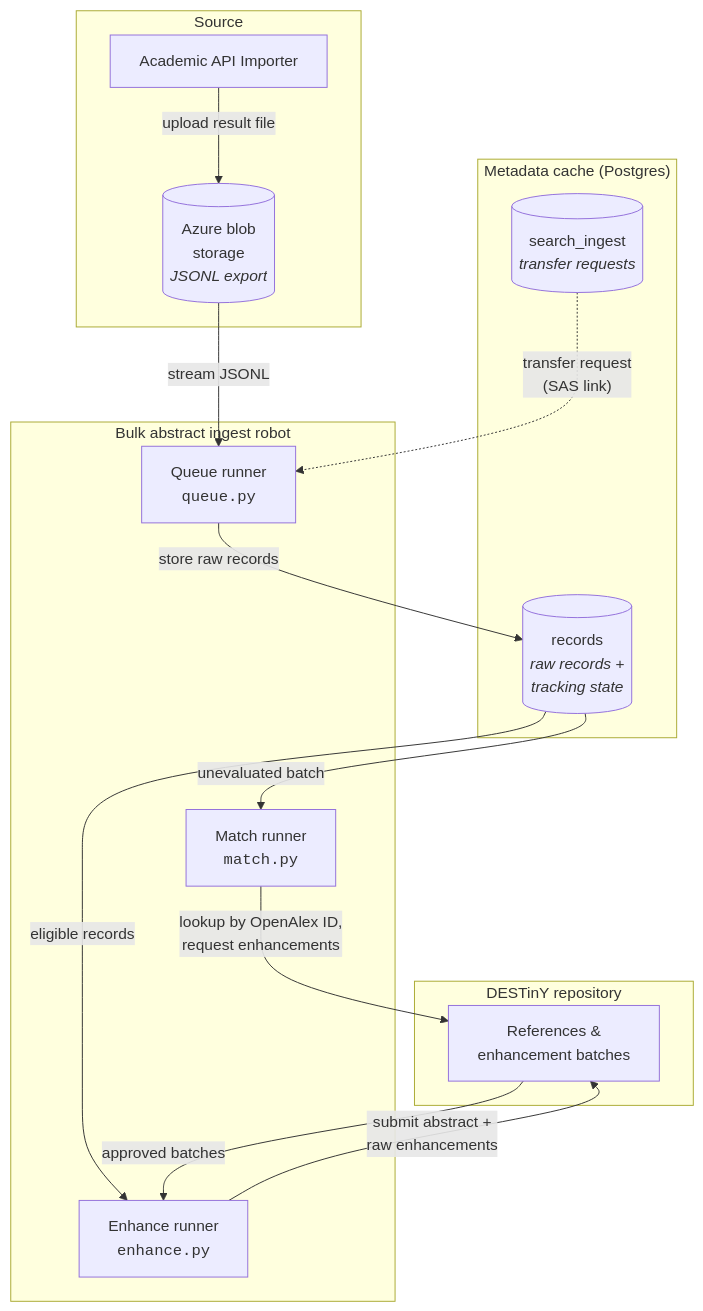
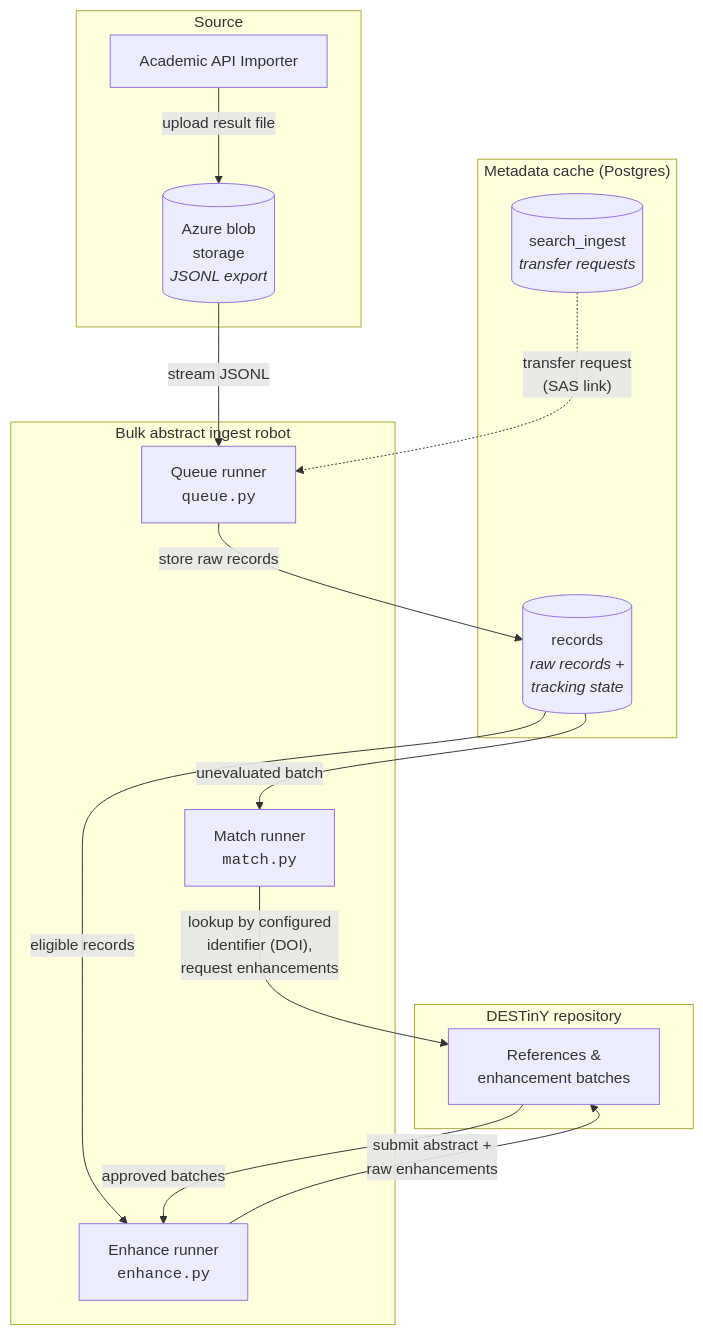
The diagram in docs/docs/index.md (destiny-evidence/bulk-abstract-ingest-robot), drawn with Mermaid before and after one commit. The commit also changed other lines of this file and 10 other files, not shown here.

````diff
--- a/docs/docs/index.md
+++ b/docs/docs/index.md
@@ -29,33 +29,33 @@
 ```mermaid
 flowchart TD
     subgraph source["Source"]
         API["Academic API Importer"]
         BLOB[("Azure blob<br/>storage<br/><i>JSONL export</i>")]
     end
 
     subgraph ods["DESTinY repository"]
         REPO["References &<br/>enhancement batches"]
     end
 
     subgraph cache["Metadata cache (Postgres)"]
         INGEST[("search_ingest<br/><i>transfer requests</i>")]
         RECORDS[("records<br/><i>raw records +<br/>tracking state</i>")]
     end
 
     subgraph robot["Bulk abstract ingest robot"]
         QUEUE["Queue runner<br/><code>queue.py</code>"]
         MATCH["Match runner<br/><code>match.py</code>"]
         ENHANCE["Enhance runner<br/><code>enhance.py</code>"]
     end
 
     API -->|"upload result file"| BLOB
     BLOB -->|"stream JSONL"| QUEUE
     INGEST -.->|"transfer request<br/>(SAS link)"| QUEUE
     QUEUE -->|"store raw records"| RECORDS
     RECORDS -->|"unevaluated batch"| MATCH
     RECORDS -->|"eligible records"| ENHANCE
     %% MATCH -->|"log eligibility"| RECORDS
-    MATCH -->|"lookup by OpenAlex ID,<br/>request enhancements"| REPO
+    MATCH -->|"lookup by configured<br/>identifier (DOI),<br/>request enhancements"| REPO
     REPO -->|"approved batches"| ENHANCE
     ENHANCE -->|"submit abstract +<br/>raw enhancements"| REPO
 ```
````
